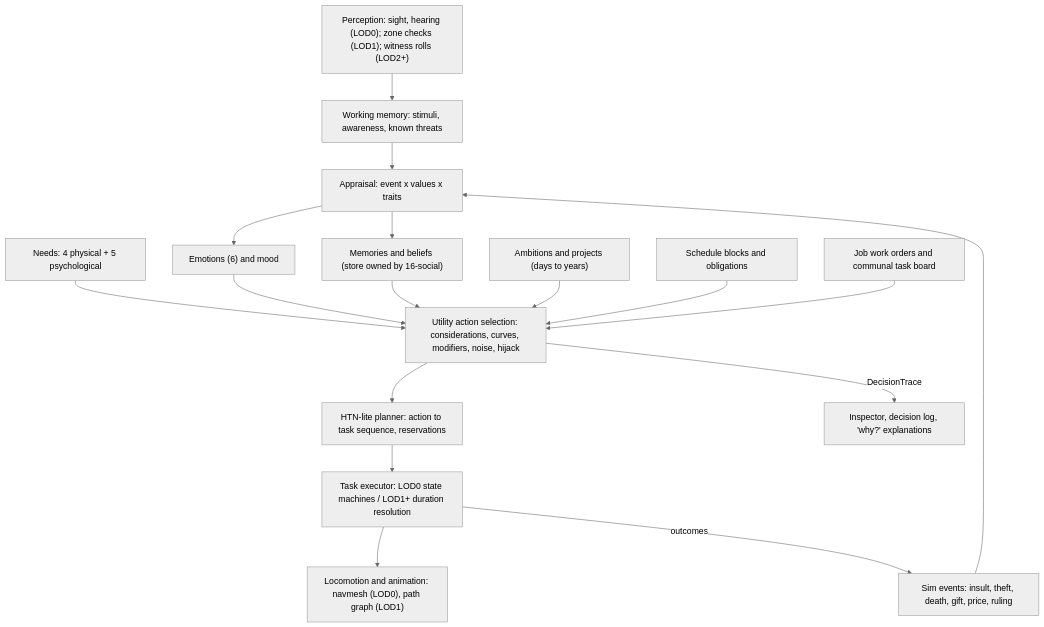
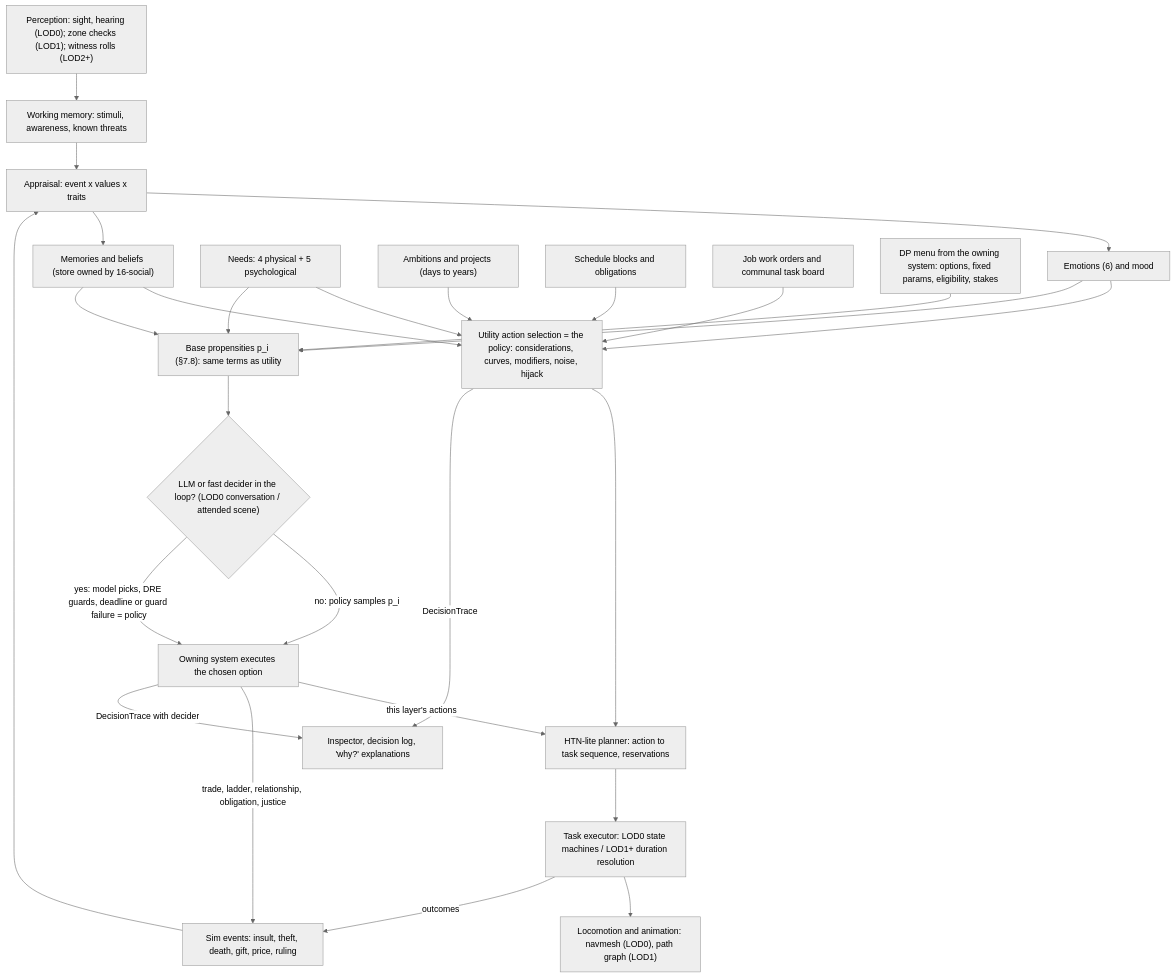
Before and after one commit to elefant35/FeudalSim: the first of 6 diagrams in docs/tech/21-npc-ai.md, drawn with Mermaid (neutral theme). The commit also changed other lines of this file and 35 other files, not shown here.

````diff
--- a/docs/tech/21-npc-ai.md
+++ b/docs/tech/21-npc-ai.md
@@ -80,19 +91,29 @@
 ```mermaid
 flowchart TD
   P["Perception: sight, hearing (LOD0); zone checks (LOD1); witness rolls (LOD2+)"] --> WM["Working memory: stimuli, awareness, known threats"]
   EV["Sim events: insult, theft, death, gift, price, ruling"] --> AP["Appraisal: event x values x traits"]
   WM --> AP
   AP --> EM["Emotions (6) and mood"]
   AP --> MB["Memories and beliefs (store owned by 16-social)"]
   N["Needs: 4 physical + 5 psychological"] --> US
   EM --> US
   MB --> US
   AMB["Ambitions and projects (days to years)"] --> US
   SCH["Schedule blocks and obligations"] --> US
   JOB["Job work orders and communal task board"] --> US
-  US["Utility action selection: considerations, curves, modifiers, noise, hijack"] --> PL["HTN-lite planner: action to task sequence, reservations"]
+  US["Utility action selection = the policy: considerations, curves, modifiers, noise, hijack"] --> PL["HTN-lite planner: action to task sequence, reservations"]
+  MENU["DP menu from the owning system: options, fixed params, eligibility, stakes"] --> PROP["Base propensities p_i (§7.8): same terms as utility"]
+  N --> PROP
+  EM --> PROP
+  MB --> PROP
+  PROP --> DEC{"LLM or fast decider in the loop? (LOD0 conversation / attended scene)"}
+  DEC -->|"no: policy samples p_i"| RUN["Owning system executes the chosen option"]
+  DEC -->|"yes: model picks, DRE guards, deadline or guard failure = policy"| RUN
+  RUN -->|"this layer's actions"| PL
+  RUN -->|"trade, ladder, relationship, obligation, justice"| EV
   PL --> EX["Task executor: LOD0 state machines / LOD1+ duration resolution"]
   EX --> LOC["Locomotion and animation: navmesh (LOD0), path graph (LOD1)"]
   EX -->|"outcomes"| EV
   US -->|"DecisionTrace"| DBG["Inspector, decision log, 'why?' explanations"]
+  RUN -->|"DecisionTrace with decider"| DBG
 ```
````
